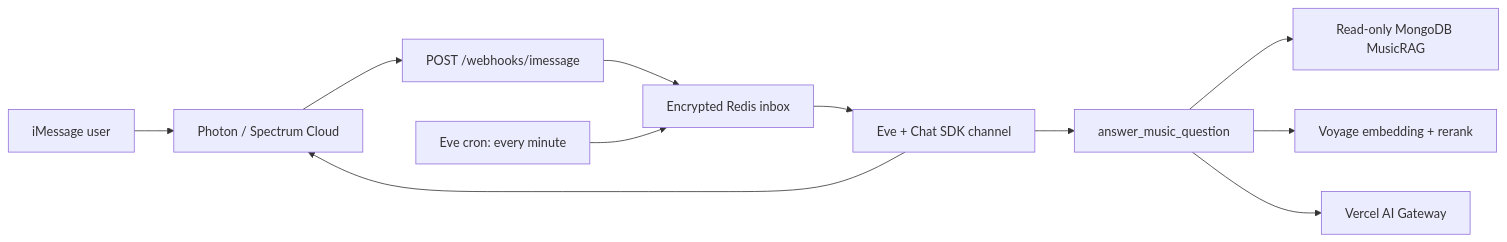
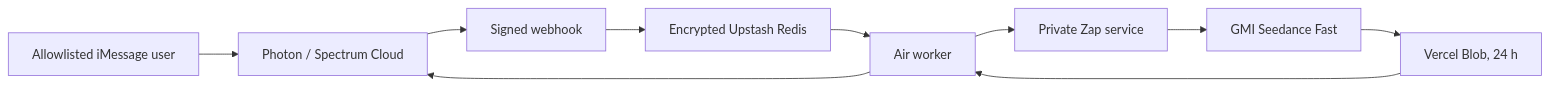
Before and after one commit to gratitude5dee/air: the diagram in README.md, drawn with Mermaid. The commit also changed other lines of this file and 71 other files, not shown here.

Commit message:
feat: replace RAG with iMessage Seedance video workflow

````diff
--- a/README.md
+++ b/README.md
@@ -24,13 +30,12 @@
 ```mermaid
 flowchart LR
-  U["iMessage user"] --> P["Photon / Spectrum Cloud"]
-  P --> W["POST /webhooks/imessage"]
-  W --> Q["Encrypted Redis inbox"]
-  Q --> E["Eve + Chat SDK channel"]
-  E --> T["answer_music_question"]
-  T --> M["Read-only MongoDB MusicRAG"]
-  T --> V["Voyage embedding + rerank"]
-  T --> G["Vercel AI Gateway"]
-  E --> P
-  D["Eve cron: every minute"] --> Q
+  U["Allowlisted iMessage user"] --> P["Photon / Spectrum Cloud"]
+  P --> W["Signed webhook"]
+  W --> R["Encrypted Upstash Redis"]
+  R --> A["Air worker"]
+  A --> Z["Private Zap service"]
+  Z --> G["GMI Seedance Fast"]
+  G --> B["Vercel Blob, 24 h"]
+  B --> A
+  A --> P
 ```
````
